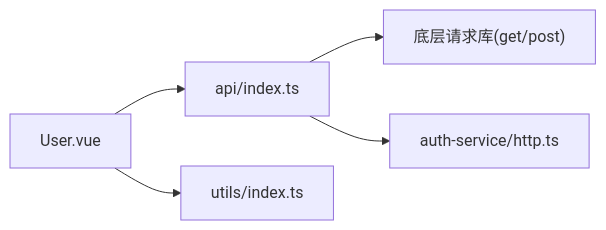
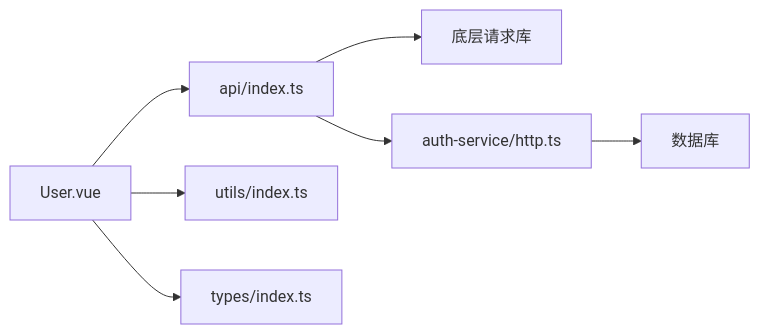
The seventh of 7 diagrams in .qoder/repowiki/zh/content/前端应用文档/核心页面/系统管理页面/用户管理.md (q446328246/agri-platform), drawn with Mermaid before and after one commit. The commit also changed other lines of this file and 84 other files, not shown here.

````diff
--- a/.qoder/repowiki/zh/content/前端应用文档/核心页面/系统管理页面/用户管理.md
+++ b/.qoder/repowiki/zh/content/前端应用文档/核心页面/系统管理页面/用户管理.md
@@ -240,7 +402,9 @@
 ```mermaid
 graph LR
 UserVue["User.vue"] --> ApiIndex["api/index.ts"]
 UserVue --> UtilsIndex["utils/index.ts"]
-ApiIndex --> RequestLib["底层请求库(get/post)"]
+UserVue --> TypesIndex["types/index.ts"]
+ApiIndex --> RequestLib["底层请求库"]
 ApiIndex --> AuthService["auth-service/http.ts"]
+AuthService --> Database["数据库"]
 ```
````
